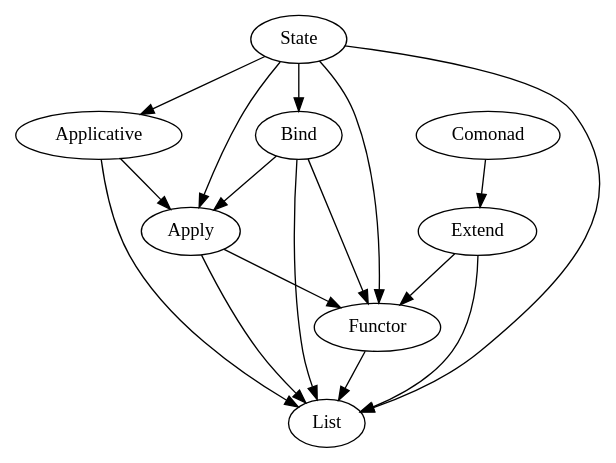
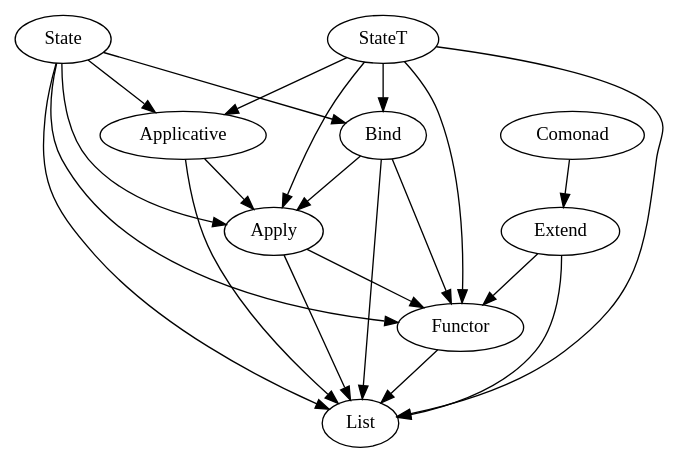
Before and after one commit to kkspeed/course: the diagram in share/deps/exercises.dot, drawn with Graphviz. The commit also changed 1 other file, not shown here.

Commit message:
Dependency graph

```diff
--- a/share/deps/exercises.dot
+++ b/share/deps/exercises.dot
@@ -1,29 +1,35 @@
 digraph G {
     {
         list [label="List"];
         functor [label="Functor"];
         apply [label="Apply"];
         applicative [label="Applicative"];
         bind [label="Bind"];
         comonad [label="Comonad"];
         extend [label="Extend"];
         state [label="State"];
+        stateT [label="StateT"];
     }
 
     functor -> list;
     apply -> list;
     apply -> functor;
     applicative -> apply;
     applicative -> list;
     bind -> list;
     bind -> apply;
     bind -> functor;
     comonad -> extend;
     extend -> list;
     extend -> functor;
     state -> list;
     state -> functor;
     state -> apply;
     state -> applicative;
     state -> bind;
+    stateT -> list;
+    stateT -> functor;
+    stateT -> apply;
+    stateT -> applicative;
+    stateT -> bind;
 }
```
